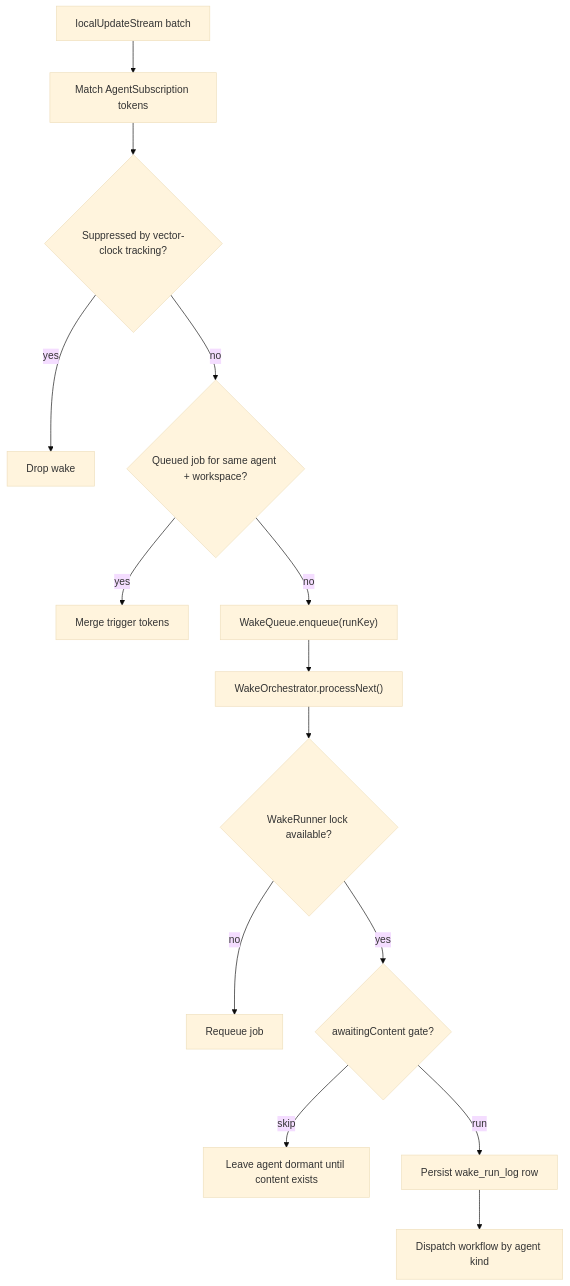
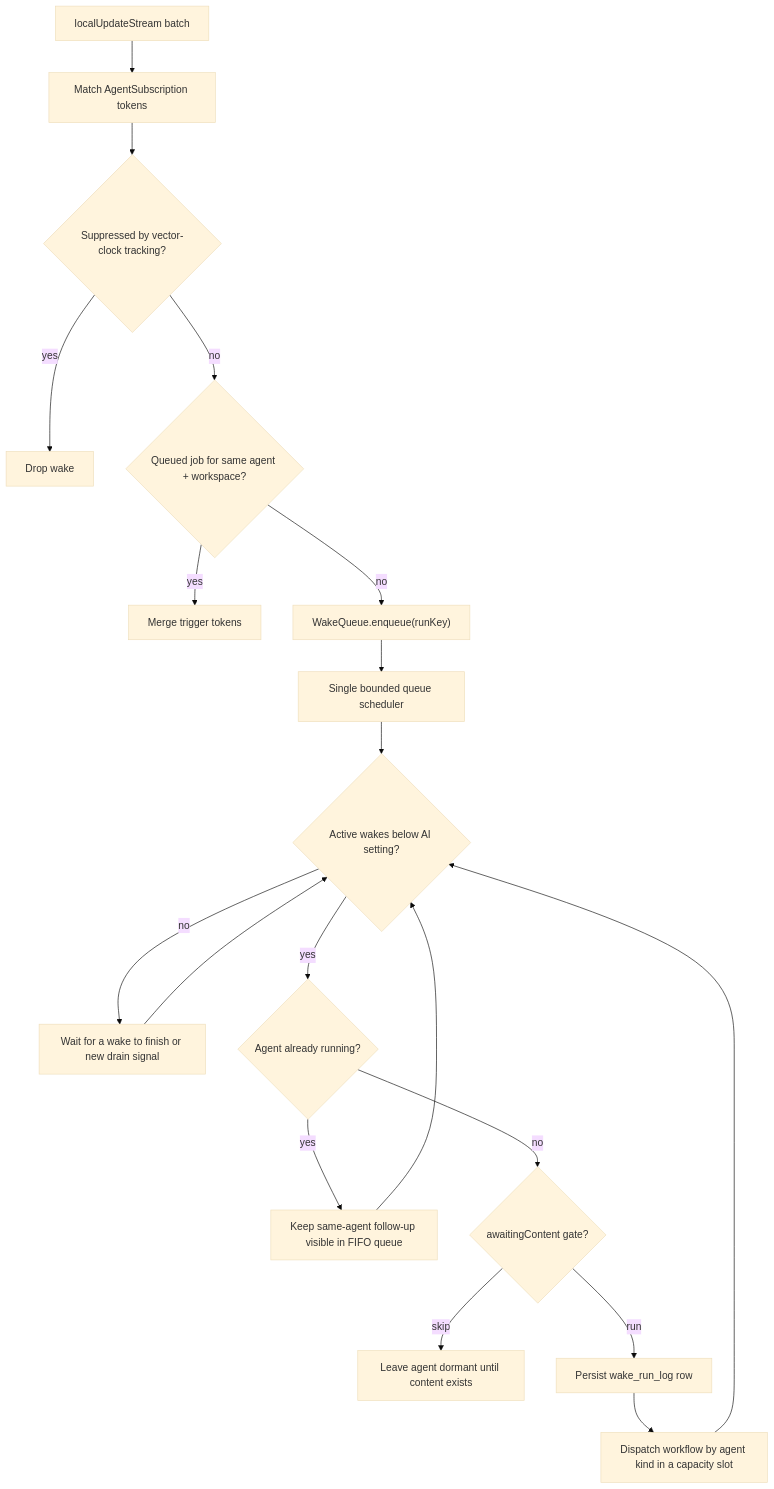
One commit to matthiasn/lotti changed diagram 12 of 23 in lib/features/agents/README.md. Above: the diagram before and after it, drawn with Mermaid (base theme). The commit also changed other lines of this file and 32 other files, not shown here.

Commit message:
feat: run agent wake cycles concurrently (#3469)

````diff
--- a/lib/features/agents/README.md
+++ b/lib/features/agents/README.md
@@ -895,16 +897,21 @@
 ```mermaid
 flowchart TD
   Update["localUpdateStream batch"] --> Match["Match AgentSubscription tokens"]
   Match --> Suppress{"Suppressed by vector-clock tracking?"}
   Suppress -->|yes| Drop["Drop wake"]
   Suppress -->|no| Merge{"Queued job for same agent + workspace?"}
   Merge -->|yes| Coalesce["Merge trigger tokens"]
   Merge -->|no| Queue["WakeQueue.enqueue(runKey)"]
-  Queue --> Drain["WakeOrchestrator.processNext()"]
-  Drain --> Busy{"WakeRunner lock available?"}
-  Busy -->|no| Requeue["Requeue job"]
-  Busy -->|yes| Content{"awaitingContent gate?"}
+  Queue --> Drain["Single bounded queue scheduler"]
+  Drain --> Capacity{"Active wakes below AI setting?"}
+  Capacity -->|no| WaitSlot["Wait for a wake to finish or new drain signal"]
+  WaitSlot --> Capacity
+  Capacity -->|yes| Busy{"Agent already running?"}
+  Busy -->|yes| KeepQueued["Keep same-agent follow-up visible in FIFO queue"]
+  KeepQueued --> Capacity
+  Busy -->|no| Content{"awaitingContent gate?"}
   Content -->|skip| Wait["Leave agent dormant until content exists"]
   Content -->|run| Persist["Persist wake_run_log row"]
-  Persist --> Exec["Dispatch workflow by agent kind"]
+  Persist --> Exec["Dispatch workflow by agent kind in a capacity slot"]
+  Exec --> Capacity
 ```
````
